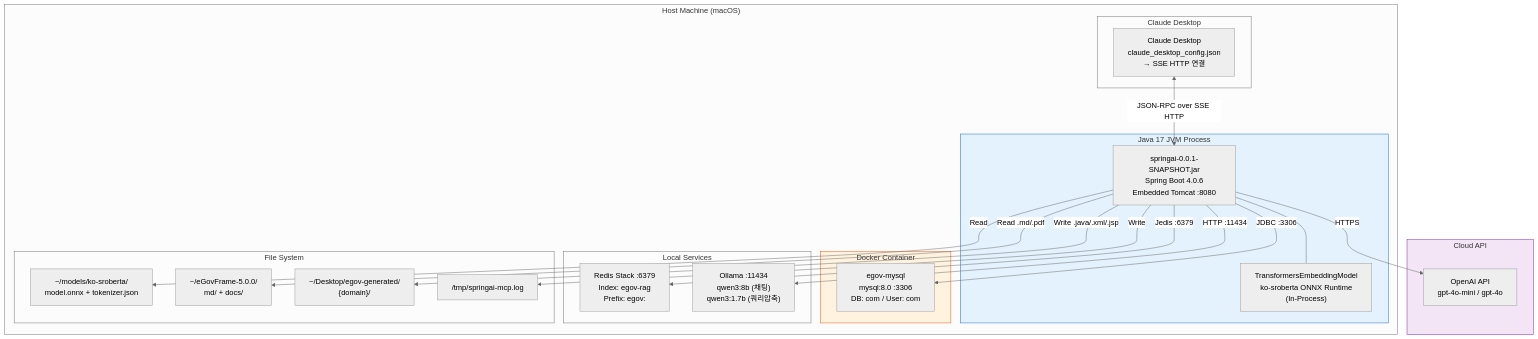
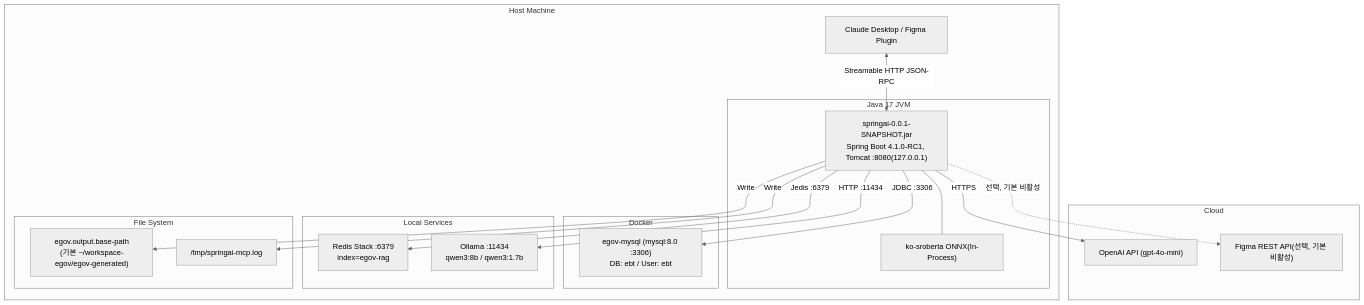
Before and after one commit to Jeong-daeseop/springai: the eighth of 8 diagrams in docs/architecture/아키텍처_심층분석_다이어그램.md, drawn with Mermaid (neutral theme). The commit also changed other lines of this file and 5 other files, not shown here.

First line of the commit message:
docs: rewrite architecture deep-dive doc for 2026-08-31 state, add exports

````diff
--- a/docs/architecture/아키텍처_심층분석_다이어그램.md
+++ b/docs/architecture/아키텍처_심층분석_다이어그램.md
@@ -413,48 +308,35 @@
 ```mermaid
 flowchart TB
-    subgraph Host["Host Machine (macOS)"]
-        subgraph JVM["Java 17 JVM Process"]
-            APP["springai-0.0.1-SNAPSHOT.jar<br/>Spring Boot 4.0.6<br/>Embedded Tomcat :8080"]
-            ONNX_RT["TransformersEmbeddingModel<br/>ko-sroberta ONNX Runtime<br/>(In-Process)"]
+    subgraph Host["Host Machine"]
+        subgraph JVM["Java 17 JVM"]
+            APP["springai-0.0.1-SNAPSHOT.jar<br/>Spring Boot 4.1.0-RC1, Tomcat :8080(127.0.0.1)"]
+            ONNX_RT["ko-sroberta ONNX(In-Process)"]
         end
-
-        subgraph Docker["Docker Container"]
-            MYSQL["egov-mysql<br/>mysql:8.0 :3306<br/>DB: com / User: com"]
+        subgraph Docker["Docker"]
+            MYSQL_C["egov-mysql (mysql:8.0 :3306)<br/>DB: ebt / User: ebt"]
         end
-
-        subgraph LocalServices["Local Services"]
-            REDIS["Redis Stack :6379<br/>Index: egov-rag<br/>Prefix: egov:"]
-            OLLAMA["Ollama :11434<br/>qwen3:8b (채팅)<br/>qwen3:1.7b (쿼리압축)"]
+        subgraph Local["Local Services"]
+            REDIS_L["Redis Stack :6379<br/>index=egov-rag"]
+            OLLAMA_L["Ollama :11434<br/>qwen3:8b / qwen3:1.7b"]
         end
-
-        subgraph FileSystem["File System"]
-            MODELS["~/models/ko-sroberta/<br/>model.onnx + tokenizer.json"]
-            DOCS["~/eGovFrame-5.0.0/<br/>md/ + docs/"]
-            OUTPUT["~/Desktop/egov-generated/<br/>{domain}/"]
-            LOGS["/tmp/springai-mcp.log"]
+        subgraph FSHost["File System"]
+            OUT["egov.output.base-path<br/>(기본 ~/workspace-egov/egov-generated)"]
+            LOG["/tmp/springai-mcp.log"]
         end
-
-        subgraph ClaudeDesktop["Claude Desktop"]
-            CLAUDE_APP["Claude Desktop<br/>claude_desktop_config.json<br/>→ SSE HTTP 연결"]
-        end
+        Client["Claude Desktop / Figma Plugin"]
+    end
+    subgraph Cloud["Cloud"]
+        OPENAI_C["OpenAI API (gpt-4o-mini)"]
+        FIGMA_C["Figma REST API(선택, 기본 비활성)"]
     end
 
-    subgraph Cloud["Cloud API"]
-        OPENAI["OpenAI API<br/>gpt-4o-mini / gpt-4o"]
-    end
-
-    CLAUDE_APP <-->|"JSON-RPC over SSE HTTP"| APP
-    APP -->|"JDBC :3306"| MYSQL
-    APP -->|"Jedis :6379"| REDIS
-    APP -->|"HTTP :11434"| OLLAMA
-    APP -->|"HTTPS"| OPENAI
-    APP -->|"Read"| MODELS
-    APP -->|"Read .md/.pdf"| DOCS
-    APP -->|"Write .java/.xml/.jsp"| OUTPUT
-    APP -->|"Write"| LOGS
+    Client <-->|"Streamable HTTP JSON-RPC"| APP
+    APP -->|"JDBC :3306"| MYSQL_C
+    APP -->|"Jedis :6379"| REDIS_L
+    APP -->|"HTTP :11434"| OLLAMA_L
+    APP -->|"HTTPS"| OPENAI_C
+    APP -.->|"선택, 기본 비활성"| FIGMA_C
+    APP -->|"Write"| OUT
+    APP -->|"Write"| LOG
     APP --- ONNX_RT
-
-    style JVM fill:#E3F2FD,stroke:#1565C0
-    style Docker fill:#FFF3E0,stroke:#E65100
-    style Cloud fill:#F3E5F5,stroke:#7B1FA2
 ```
````
